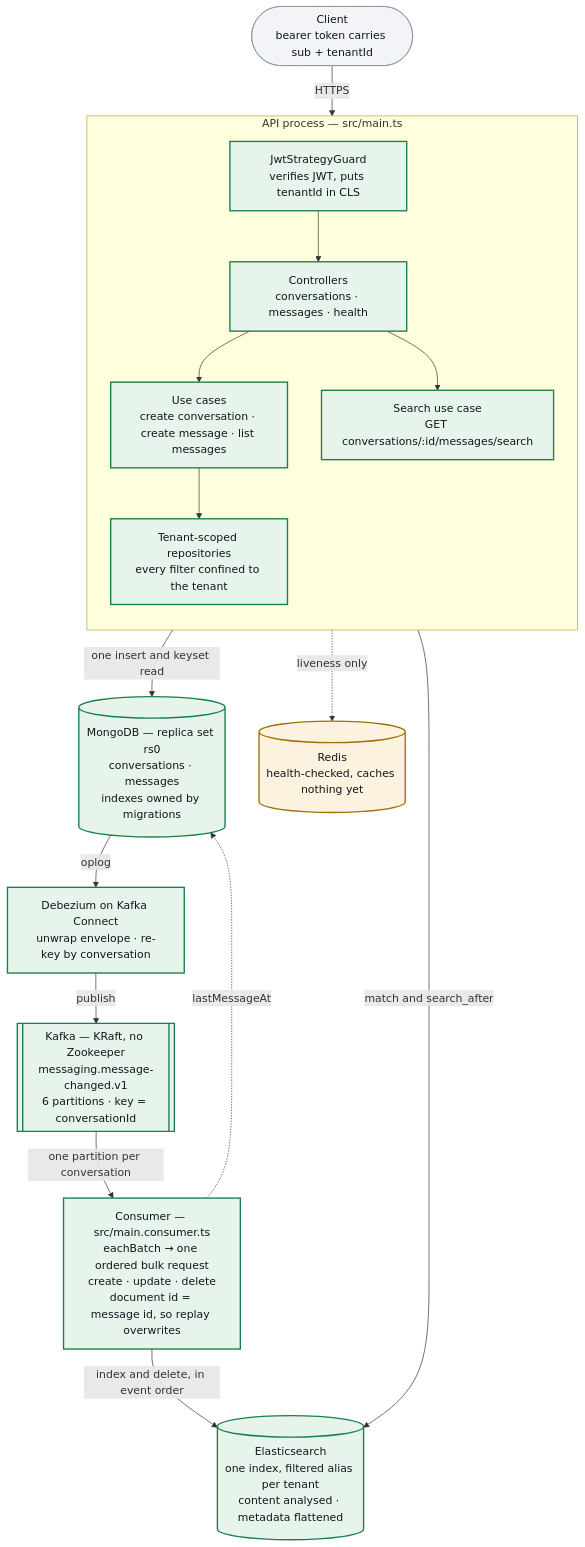
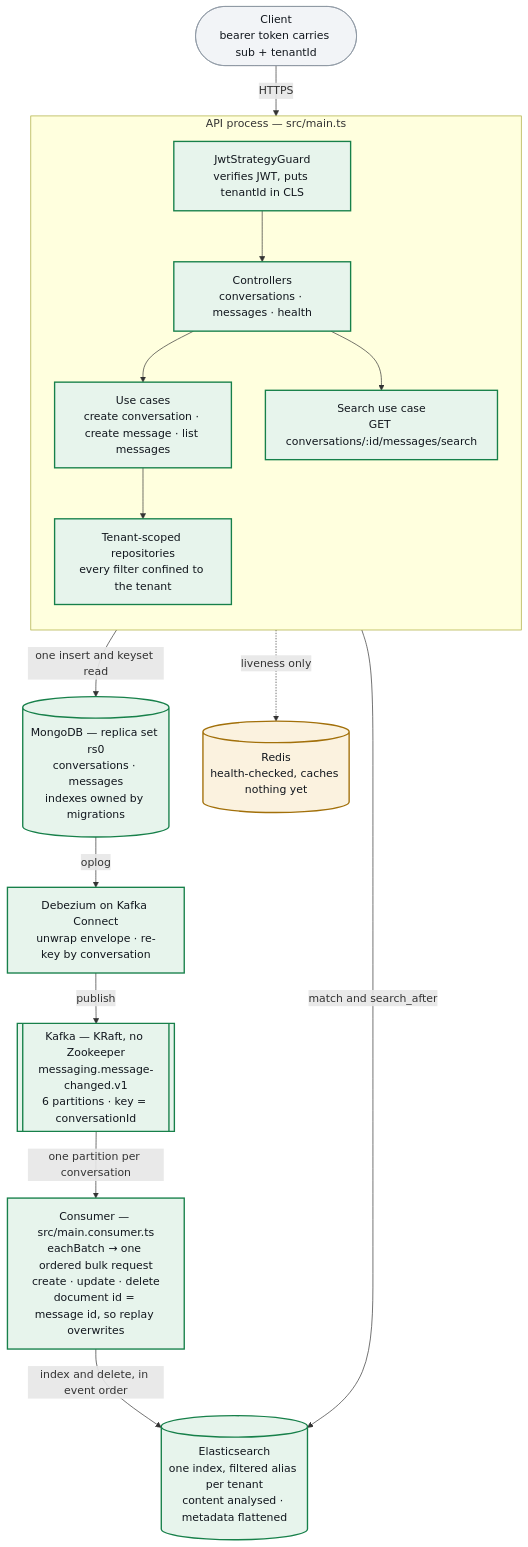
One commit to tiennguyen1203/tawkto-messaging changed the diagram in docs/architecture.md. Above: the diagram before and after it, drawn with Mermaid. The commit also changed other lines of this file and 13 other files, not shown here.

Commit message:
refactor: temp drop conversation's lastMessageAt

````diff
--- a/docs/architecture.md
+++ b/docs/architecture.md
@@ -12,43 +12,42 @@
 ```mermaid
 flowchart TD
     client(["Client<br/>bearer token carries sub + tenantId"])
 
     subgraph api["API process — src/main.ts"]
         direction TB
         guard["JwtStrategyGuard<br/>verifies JWT, puts tenantId in CLS"]
         ctl["Controllers<br/>conversations · messages · health"]
         uc["Use cases<br/>create conversation · create message · list messages"]
         repo["Tenant-scoped repositories<br/>every filter confined to the tenant"]
         searchuc["Search use case<br/>GET conversations/:id/messages/search"]
     end
 
     mongo[("MongoDB — replica set rs0<br/>conversations · messages<br/>indexes owned by migrations")]
     redis[("Redis<br/>health-checked, caches nothing yet")]
     dbz["Debezium on Kafka Connect<br/>unwrap envelope · re-key by conversation"]
     kafka[["Kafka — KRaft, no Zookeeper<br/>messaging.message-changed.v1<br/>6 partitions · key = conversationId"]]
     consumer["Consumer — src/main.consumer.ts<br/>eachBatch → one ordered bulk request<br/>create · update · delete<br/>document id = message id, so replay overwrites"]
     es[("Elasticsearch<br/>one index, filtered alias per tenant<br/>content analysed · metadata flattened")]
 
     client -->|HTTPS| guard
     guard --> ctl
     ctl --> uc
     uc --> repo
     repo -->|one insert and keyset read| mongo
     repo -.->|liveness only| redis
     mongo -->|oplog| dbz
     dbz -->|publish| kafka
     kafka -->|one partition per conversation| consumer
     consumer -->|index and delete, in event order| es
-    consumer -.->|lastMessageAt| mongo
     ctl --> searchuc
     searchuc -->|match and search_after| es
 
     classDef done fill:#e7f4ec,stroke:#17804a,stroke-width:2px,color:#11161d
     classDef wip fill:#fbf2df,stroke:#a2700a,stroke-width:2px,color:#11161d
     classDef todo fill:#fbeceb,stroke:#b23a2f,stroke-width:2px,color:#11161d
     classDef plain fill:#f2f4f7,stroke:#8b95a1,stroke-width:1px,color:#11161d
 
     class client plain
     class guard,ctl,uc,repo,mongo,dbz,kafka,consumer,es,searchuc done
     class redis wip
 ```
````
